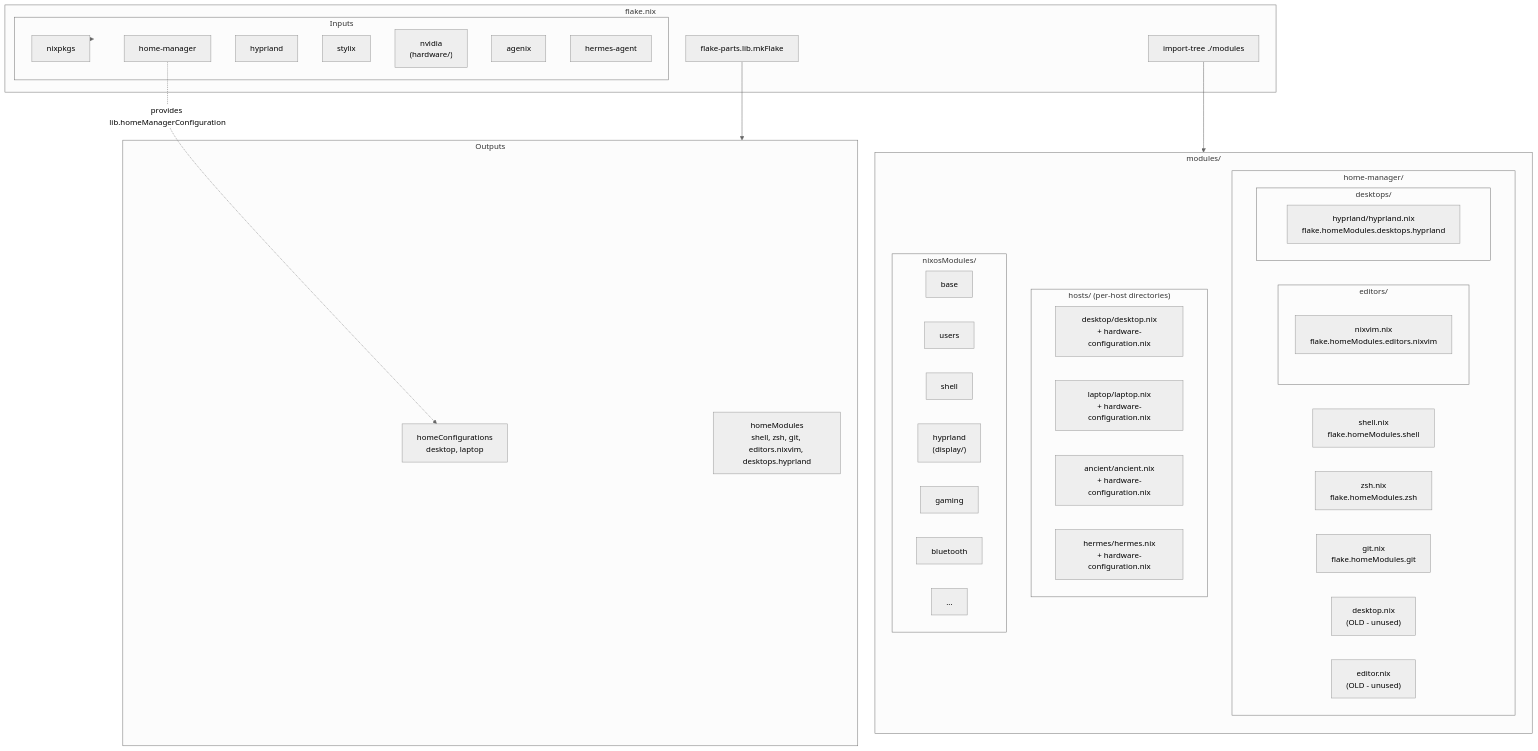
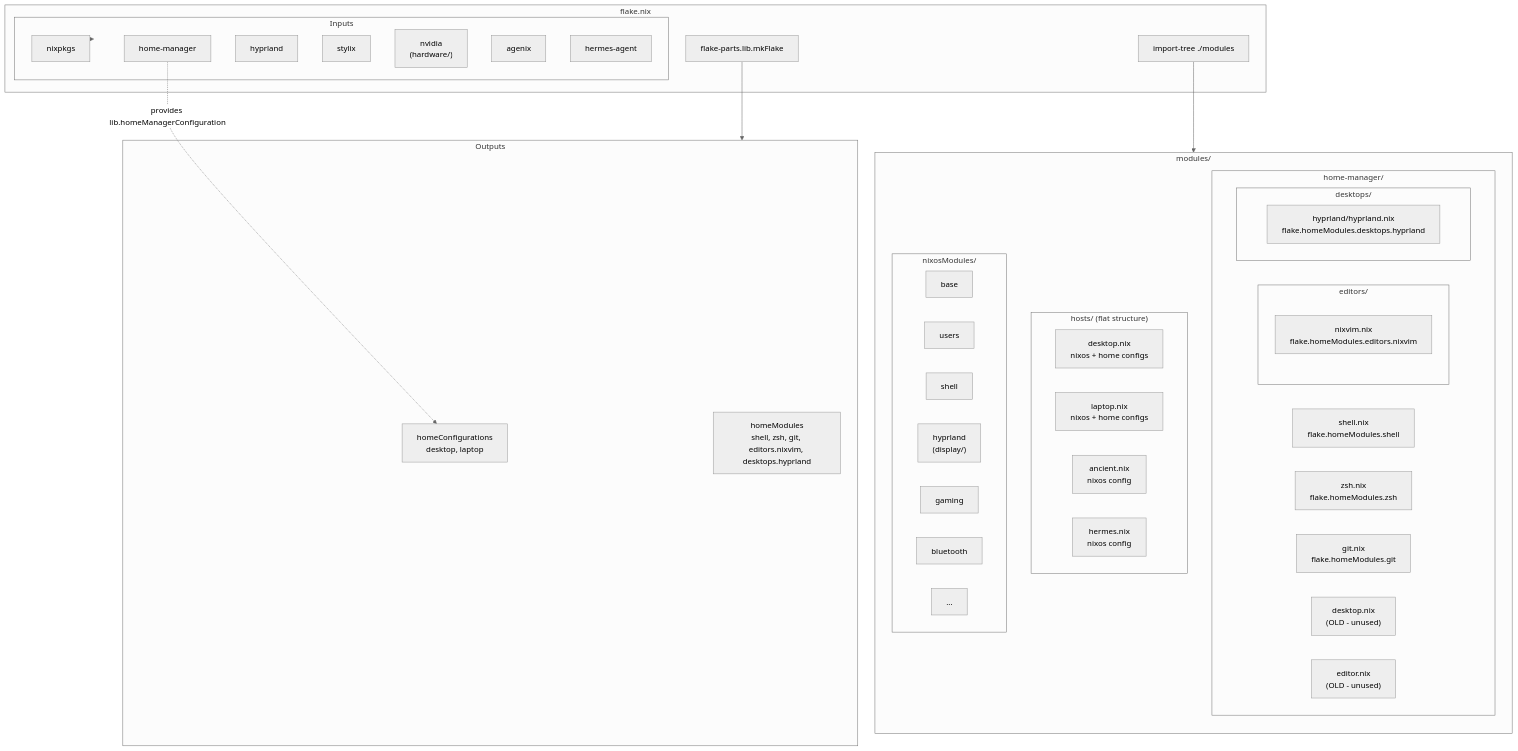
One commit to mxapd/nixos changed the first of 3 diagrams in docs/architecture.md. Above: the diagram before and after it, drawn with Mermaid (neutral theme). The commit also changed other lines of this file, not shown here.

First line of the commit message:
docs(architecture): update for flat host structure

````diff
--- a/docs/architecture.md
+++ b/docs/architecture.md
@@ -1,69 +1,69 @@
 ```mermaid
 flowchart TB
     subgraph Flake["flake.nix"]
         Inputs
         FP["flake-parts.lib.mkFlake"]
         IT["import-tree ./modules"]
     end
 
     subgraph Inputs["Inputs"]
         NK["nixpkgs"]
         HM["home-manager"]
         HP["hyprland"]
         ST["stylix"]
         NV["nixvim"]
         AG["agenix"]
         HA["hermes-agent"]
     end
 
     subgraph Modules["modules/"]
         direction TB
         
         subgraph HomeManager["home-manager/"]
             SH["shell.nix<br/>flake.homeModules.shell"]
             ZS["zsh.nix<br/>flake.homeModules.zsh"]
             GT["git.nix<br/>flake.homeModules.git"]
             
             subgraph Editors["editors/"]
                 NVX["nixvim.nix<br/>flake.homeModules.editors.nixvim"]
             end
             
             subgraph Desktops["desktops/"]
                 HY["hyprland/hyprland.nix<br/>flake.homeModules.desktops.hyprland"]
             end
             
             OLD1["desktop.nix<br/>(OLD - unused)"]
             OLD2["editor.nix<br/>(OLD - unused)"]
         end
         
-        subgraph Hosts["hosts/ (per-host directories)"]
-            DT["desktop/desktop.nix<br/>+ hardware-configuration.nix"]
-            LP["laptop/laptop.nix<br/>+ hardware-configuration.nix"]
-            AN["ancient/ancient.nix<br/>+ hardware-configuration.nix"]
-            HR["hermes/hermes.nix<br/>+ hardware-configuration.nix"]
+        subgraph Hosts["hosts/ (flat structure)"]
+            DT["desktop.nix<br/>nixos + home configs"]
+            LP["laptop.nix<br/>nixos + home configs"]
+            AN["ancient.nix<br/>nixos config"]
+            HR["hermes.nix<br/>nixos config"]
         end
         
         subgraph NixOS["nixosModules/"]
             NB["base"]
             US["users"]
             SD["shell"]
             HYPR["hyprland<br/>(display/)"]
             GM["gaming"]
             NV["nvidia<br/>(hardware/)"]
             BT["bluetooth"]
             etc[...]
         end
     end
 
     subgraph Outputs["Outputs"]
         NixOS["nixosConfigurations<br/>desktop, laptop, ancient, hermes"]
         HomeConf["homeConfigurations<br/>desktop, laptop"]
         HomeMod["homeModules<br/>shell, zsh, git, editors.nixvim, desktops.hyprland"]
     end
 
     Inputs --> Flake
     IT --> Modules
     FP --> Outputs
     
     HM -.->|provides lib.homeManagerConfiguration| HomeConf
 ```
````
